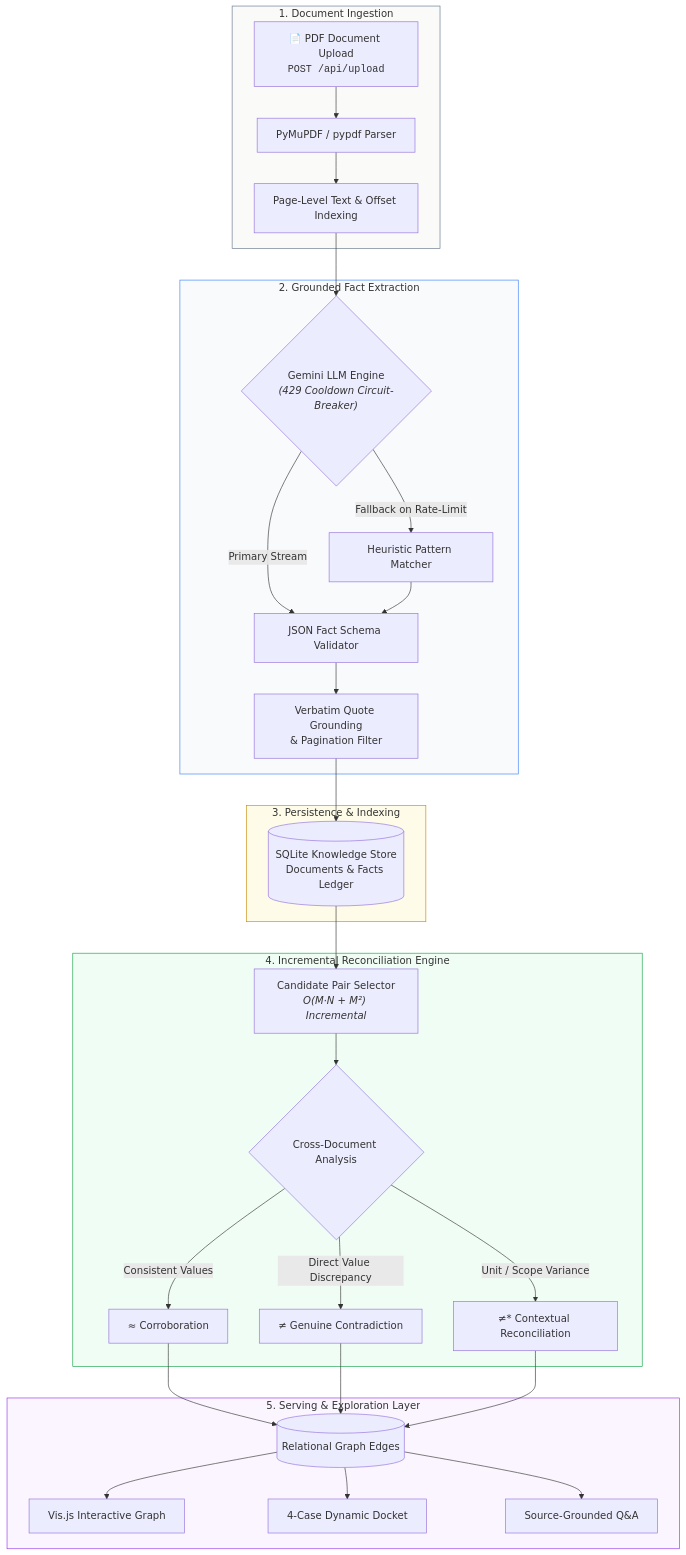
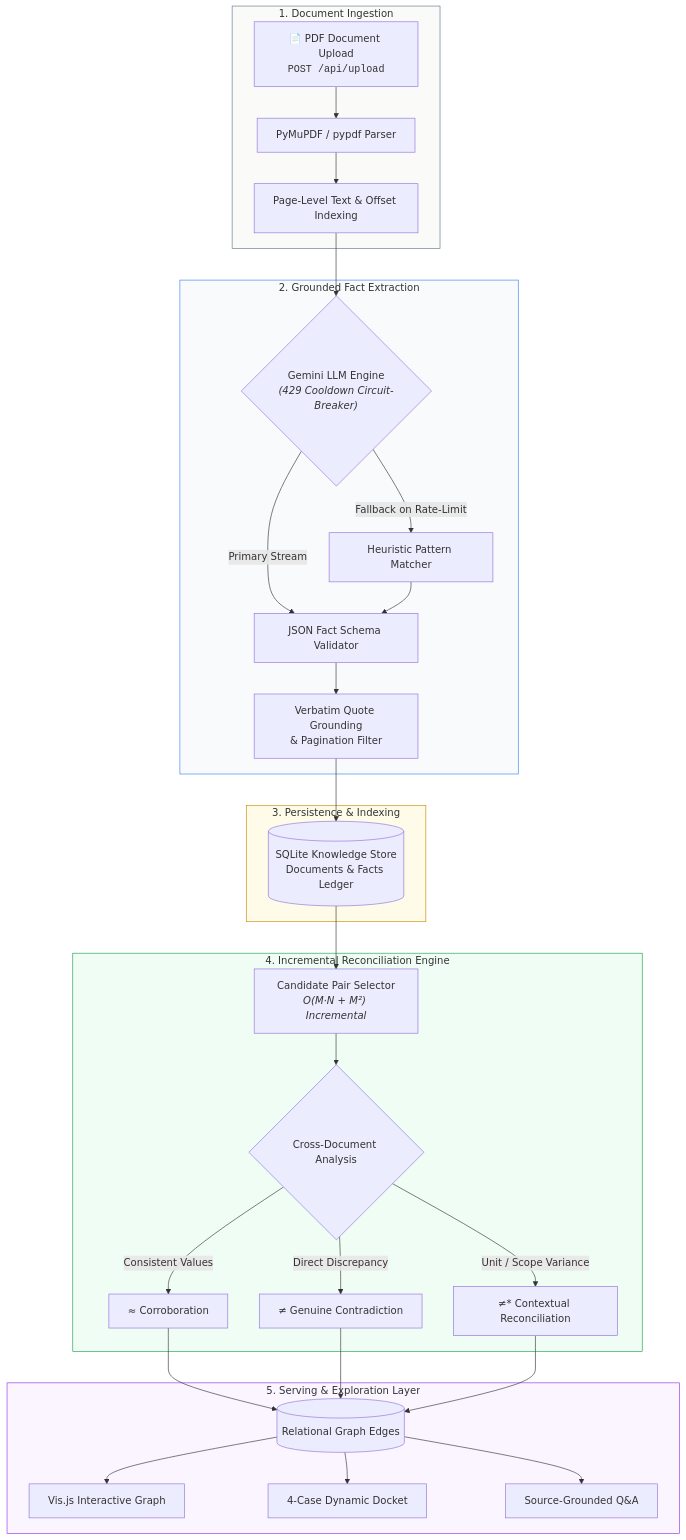
The diagram in README.md (Dhruv-Panwar042/Fact-Knowledge-Checker), drawn with Mermaid before and after one commit. The commit also changed other lines of this file, not shown here.

Commit message:
docs: add interactive ingestion pipeline graphic and stage inspector

````diff
--- a/README.md
+++ b/README.md
@@ -98,40 +100,57 @@
 ```mermaid
 flowchart TD
     subgraph S1["1. Document Ingestion"]
         A["📄 PDF Document Upload<br/><code>POST /api/upload</code>"] --> B["PyMuPDF / pypdf Parser"]
         B --> C["Page-Level Text & Offset Indexing"]
     end
 
     subgraph S2["2. Grounded Fact Extraction"]
         C --> D{"Gemini LLM Engine<br/><i>(429 Cooldown Circuit-Breaker)</i>"}
         D -->|Primary Stream| E["JSON Fact Schema Validator"]
         D -->|Fallback on Rate-Limit| F["Heuristic Pattern Matcher"]
         F --> E
         E --> G["Verbatim Quote Grounding<br/>& Pagination Filter"]
     end
 
     subgraph S3["3. Persistence & Indexing"]
         G --> H[("SQLite Knowledge Store<br/>Documents & Facts Ledger")]
     end
 
     subgraph S4["4. Incremental Reconciliation Engine"]
         H --> I["Candidate Pair Selector<br/><i>O(M·N + M²) Incremental</i>"]
         I --> J{"Cross-Document Analysis"}
         J -->|Consistent Values| K["≈ Corroboration"]
-        J -->|Direct Value Discrepancy| L["≠ Genuine Contradiction"]
+        J -->|Direct Discrepancy| L["≠ Genuine Contradiction"]
         J -->|Unit / Scope Variance| M["≠* Contextual Reconciliation"]
     end
 
     subgraph S5["5. Serving & Exploration Layer"]
         K & L & M --> N[("Relational Graph Edges")]
         N --> O["Vis.js Interactive Graph"]
         N --> P["4-Case Dynamic Docket"]
         N --> Q["Source-Grounded Q&A"]
     end
 
+    click A href "#stage-1-ingestion" "Click to inspect Stage 1: Document Upload"
+    click B href "#stage-2-layout" "Click to inspect Stage 2: Layout Parser"
+    click C href "#stage-2-layout" "Click to inspect Stage 2: Page Offsets"
+    click D href "#stage-3-extraction" "Click to inspect Stage 3: Gemini Extractor & Circuit Breaker"
+    click E href "#stage-3-extraction" "Click to inspect Stage 3: Fact Schema"
+    click F href "#stage-3-extraction" "Click to inspect Stage 3: Heuristic Fallback"
+    click G href "#stage-3-extraction" "Click to inspect Stage 3: Quote Grounding"
+    click H href "#stage-4-persistence" "Click to inspect Stage 4: Database Storage"
+    click I href "#stage-5-reconciliation" "Click to inspect Stage 5: Incremental Reconciler"
+    click J href "#stage-5-reconciliation" "Click to inspect Stage 5: Disambiguation Logic"
+    click K href "#1-case-1-corroborated-fact-across-documents" "Click to jump to Case 1: Corroborated Fact (740M)"
+    click L href "#2-case-2-genuine--likely-contradiction" "Click to jump to Case 2: Genuine Contradiction (939 vs 938)"
+    click M href "#3-case-3-apparent-contradiction-explained-by-context" "Click to jump to Case 3: Unit Reconciliation (₹8.1k Cr)"
+    click O href "#-the-four-required-cases-demonstrated" "Click to jump to Knowledge Graph info"
+    click P href "#-the-four-required-cases-demonstrated" "Click to jump to the Four Required Cases"
+    click Q href "#-setup-and-run-instructions" "Click to view Setup & API instructions"
+
     style S1 fill:#fafaf8,stroke:#64748b,stroke-width:1px
     style S2 fill:#f8fafc,stroke:#3b82f6,stroke-width:1px
     style S3 fill:#fefce8,stroke:#ca8a04,stroke-width:1px
     style S4 fill:#f0fdf4,stroke:#16a34a,stroke-width:1px
     style S5 fill:#faf5ff,stroke:#9333ea,stroke-width:1px
 ```
````
